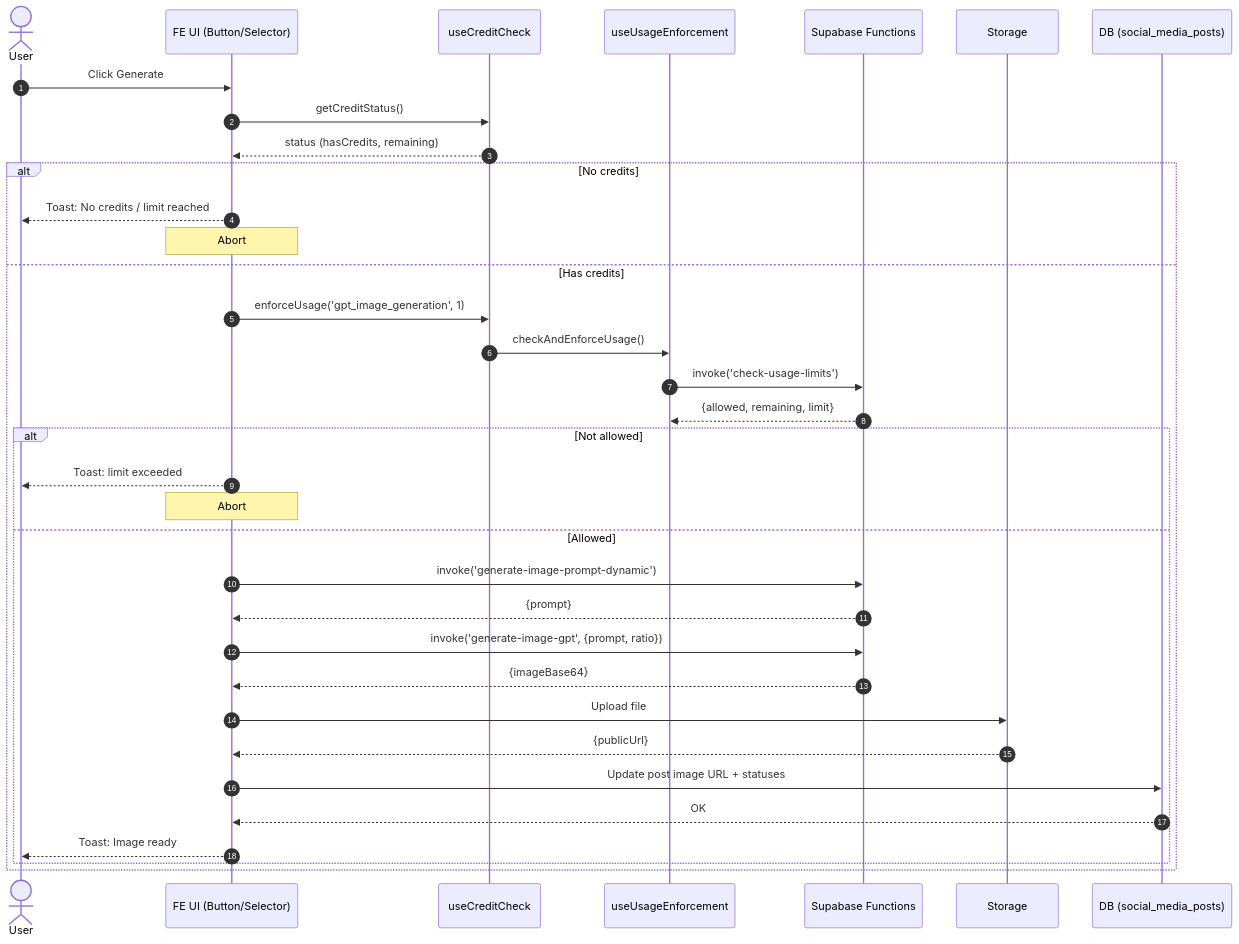
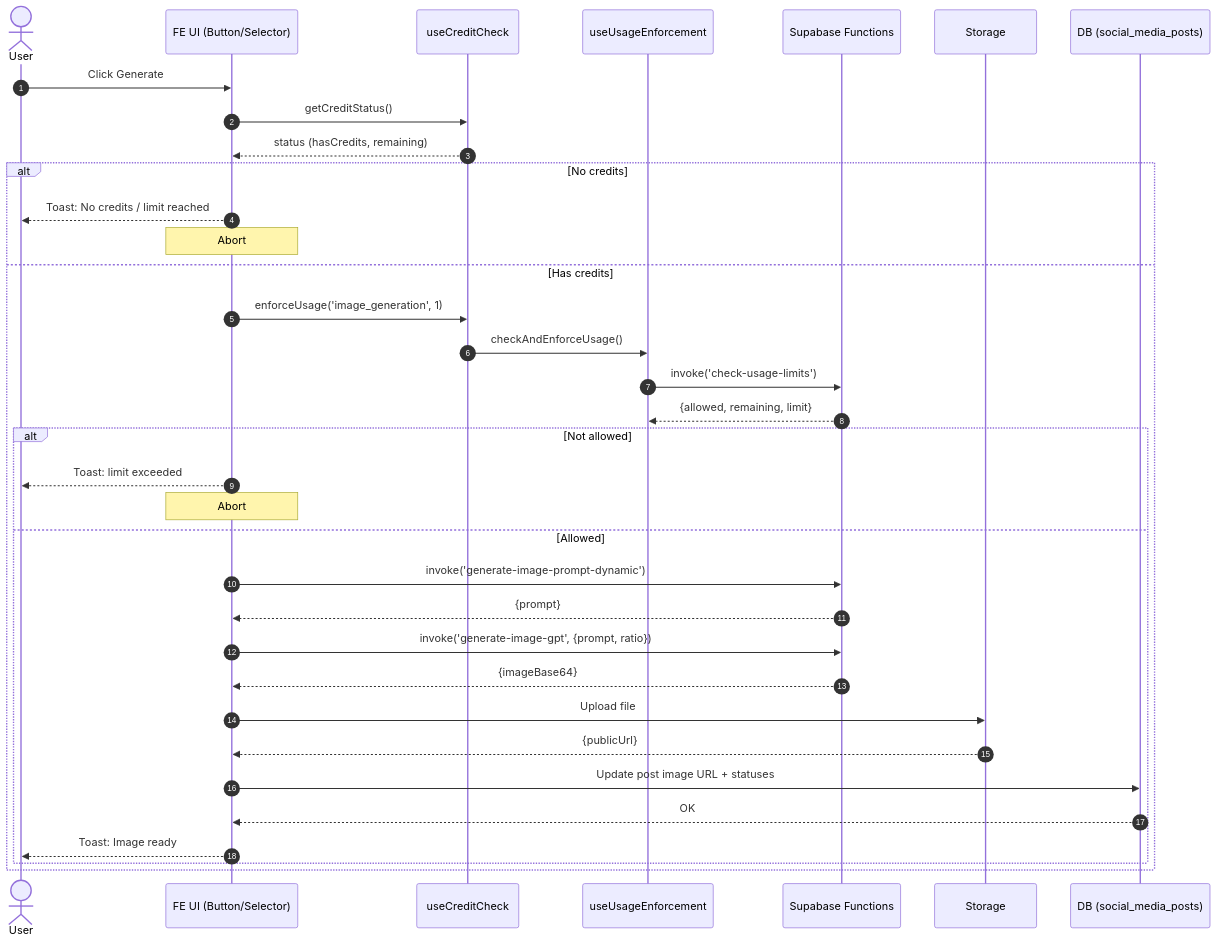
One commit to jordanleahy/jordansportfolio changed the first of 2 diagrams in docs/text-to-photos-audit-and-hardening.md. Above: the diagram before and after it, drawn with Mermaid. The commit also changed other lines of this file, not shown here.

First line of the commit message:
QA: Ensure no calls to gpt_image_generation

````diff
--- a/docs/text-to-photos-audit-and-hardening.md
+++ b/docs/text-to-photos-audit-and-hardening.md
@@ -133,38 +133,38 @@
 ```mermaid
 sequenceDiagram
   autonumber
   actor User
   participant UI as FE UI (Button/Selector)
   participant CC as useCreditCheck
   participant UE as useUsageEnforcement
   participant SB as Supabase Functions
   participant ST as Storage
   participant DB as DB (social_media_posts)
 
   User->>UI: Click Generate
   UI->>CC: getCreditStatus()
   CC-->>UI: status (hasCredits, remaining)
   alt No credits
     UI-->>User: Toast: No credits / limit reached
     note over UI: Abort
   else Has credits
-    UI->>CC: enforceUsage('gpt_image_generation', 1)
+    UI->>CC: enforceUsage('image_generation', 1)
     CC->>UE: checkAndEnforceUsage()
     UE->>SB: invoke('check-usage-limits')
     SB-->>UE: {allowed, remaining, limit}
     alt Not allowed
       UI-->>User: Toast: limit exceeded
       note over UI: Abort
     else Allowed
       UI->>SB: invoke('generate-image-prompt-dynamic')
       SB-->>UI: {prompt}
       UI->>SB: invoke('generate-image-gpt', {prompt, ratio})
       SB-->>UI: {imageBase64}
       UI->>ST: Upload file
       ST-->>UI: {publicUrl}
       UI->>DB: Update post image URL + statuses
       DB-->>UI: OK
       UI-->>User: Toast: Image ready
     end
   end
 ```
````
